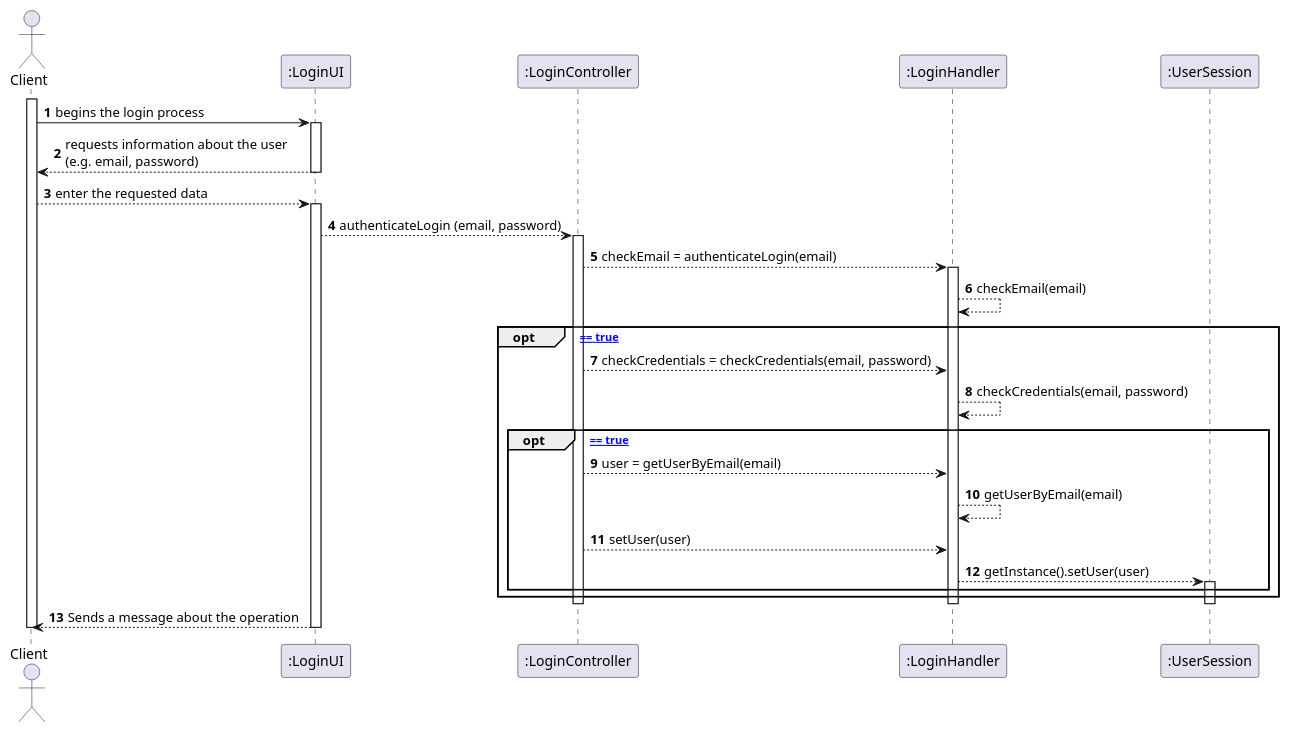
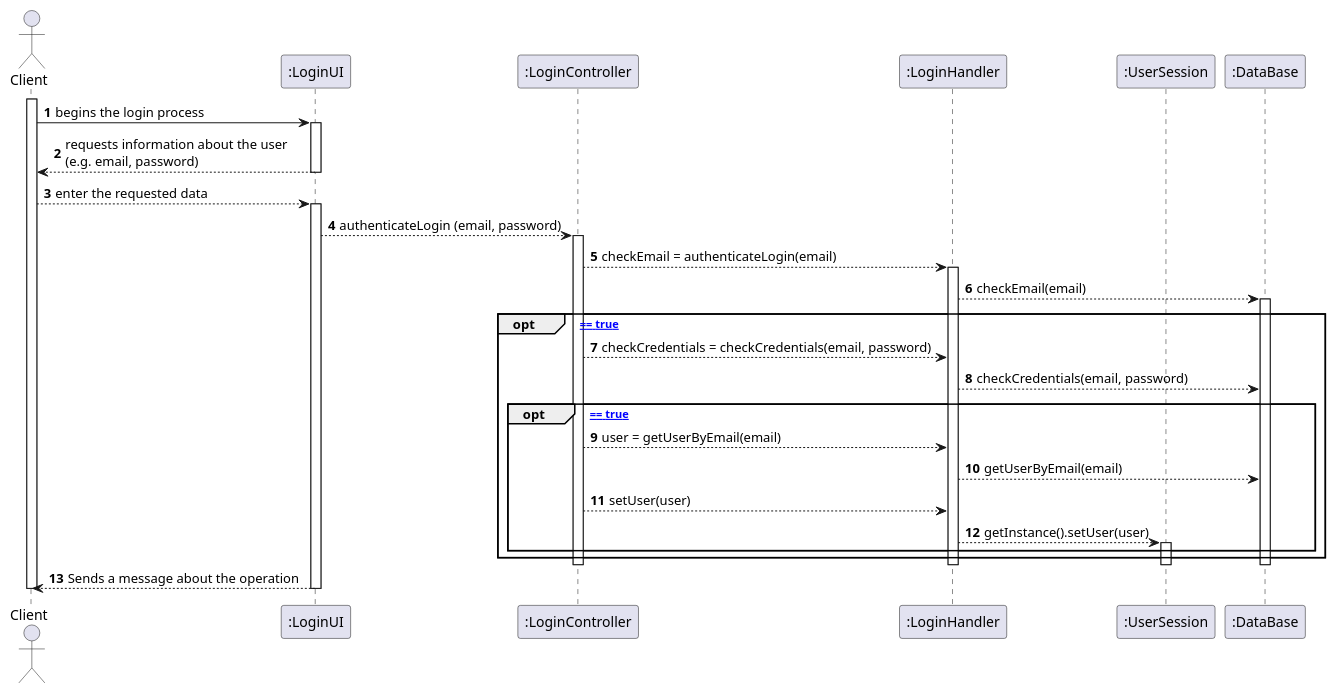
The diagram in Documents/UC2/SD.puml (1190452/LAPR3), drawn with PlantUML before and after one commit. The commit also changed 4 other files, not shown here.

```diff
--- a/Documents/UC2/SD.puml
+++ b/Documents/UC2/SD.puml
@@ -1,51 +1,54 @@
 @startuml
 autonumber
 
 actor "Client" as ADM
 participant ":LoginUI" as UI
 participant ":LoginController" as CTRL
 participant ":LoginHandler" as USH
 participant ":UserSession" as USS
+participant ":DataBase" as DBE
 
 
 
 activate ADM
 ADM -> UI : begins the login process
 activate UI
 
 UI --> ADM : requests information about the user \n(e.g. email, password)
 deactivate UI
 
 ADM--> UI : enter the requested data
 activate UI
 UI --> CTRL : authenticateLogin (email, password)
 activate CTRL
 
 
 CTRL --> USH : checkEmail = authenticateLogin(email)
 activate USH
 
-USH --> USH : checkEmail(email)
+USH --> DBE : checkEmail(email)
+activate DBE
 OPT [ CheckEmail == true ]
 CTRL --> USH : checkCredentials = checkCredentials(email, password)
-USH --> USH : checkCredentials(email, password)
+USH --> DBE : checkCredentials(email, password)
 OPT [ checkCredentials == true ]
 CTRL --> USH : user = getUserByEmail(email)
-USH --> USH : getUserByEmail(email)
+USH --> DBE : getUserByEmail(email)
 CTRL --> USH : setUser(user)
 USH --> USS :  getInstance().setUser(user)
 activate USS
 end OPT
 end OPT
+deactivate DBE
 deactivate USS
 deactivate CTRL
 deactivate USH
 
 
 
 
 UI --> ADM : Sends a message about the operation
 deactivate UI
 
 deactivate ADM
 @enduml
```
